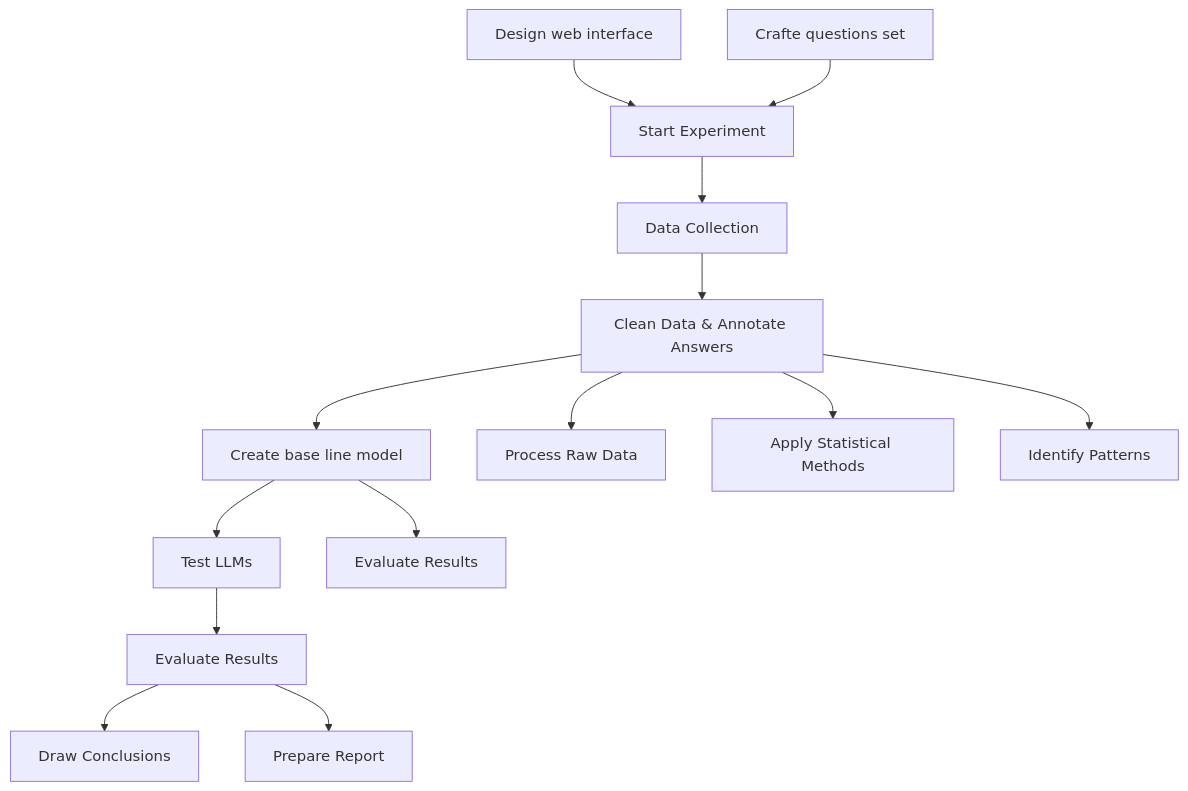
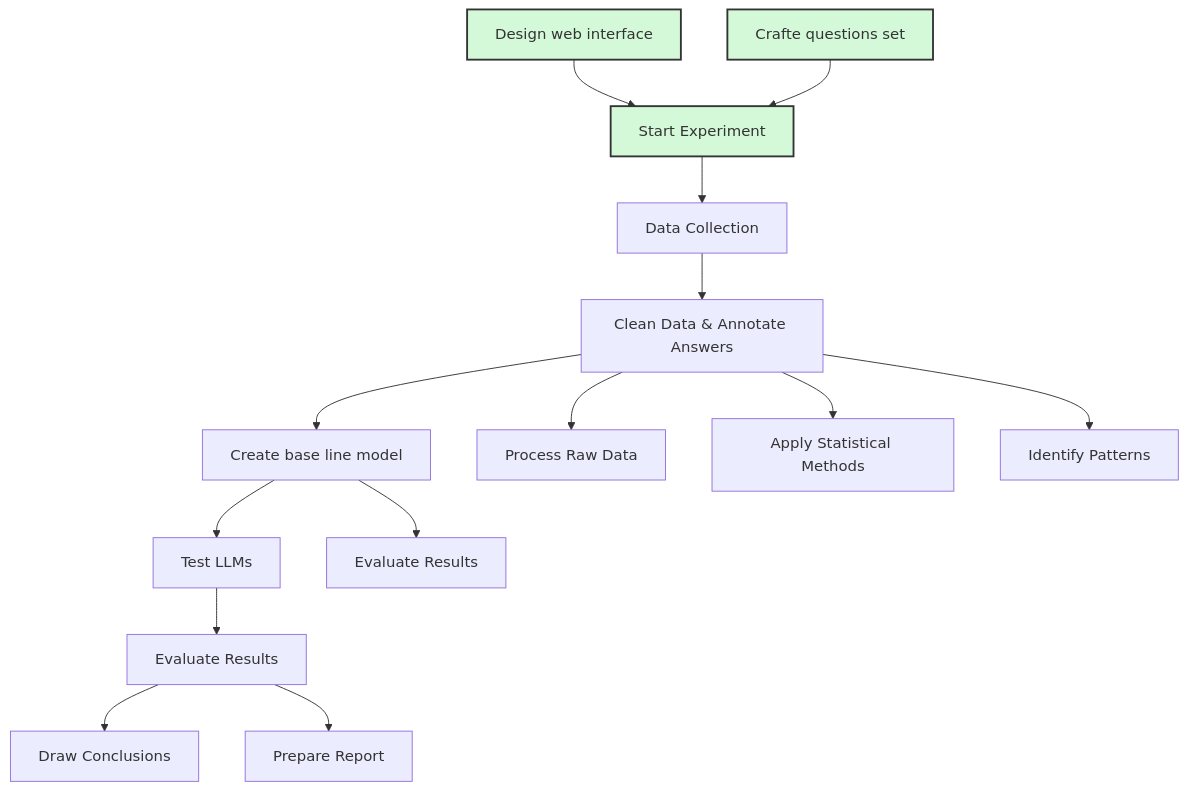
One commit to Imrancham/LLMAnswerScoringDataset- changed the diagram in README.md. Above: the diagram before and after it, drawn with Mermaid.

````diff
--- a/README.md
+++ b/README.md
@@ -1,20 +1,25 @@
 ```mermaid
 flowchart TD
     A["Start Experiment"] --> B["Data Collection"]
     B --> C["Clean Data & Annotate Answers"]
     C --> D["Create base line model"]
     D --> E["Test LLMs"]
     D --> D1["Evaluate Results"]
 
     C --> B1["Process Raw Data"]
     C --> B2["Apply Statistical Methods"]
     C --> B3["Identify Patterns"]
 
     E --> E1["Evaluate Results"]
     E1 --> E2["Draw Conclusions"]
     E1 --> E3["Prepare Report"]
 
     %% Additional considerations
     F["Design web interface"] --> A
     G["Crafte questions set"] --> A
+
+    %% Style for done nodes
+    style F fill:#d3f9d8,stroke:#333,stroke-width:2px
+    style G fill:#d3f9d8,stroke:#333,stroke-width:2px
+    style A fill:#d3f9d8,stroke:#333,stroke-width:2px
 ```
````
